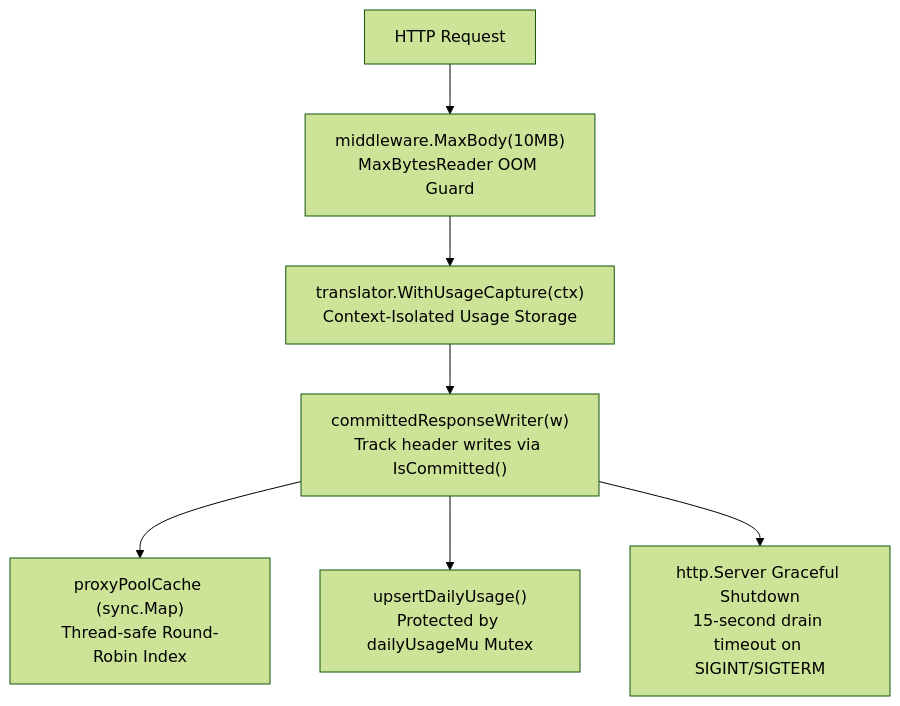
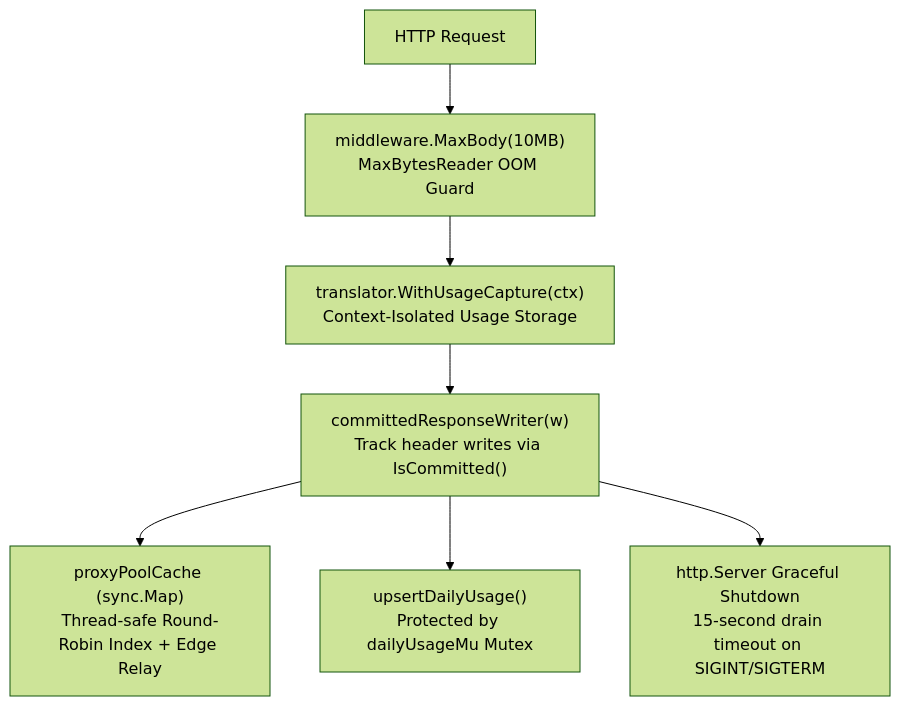
One commit to luqman-v1/9router-go changed diagram 13 of 13 in ARCHITECTURE.md. Above: the diagram before and after it, drawn with Mermaid (forest theme). The commit also changed other lines of this file and 3 other files, not shown here.

Commit message:
docs: update README, COMPARISON, DATABASE, and ARCHITECTURE with latest v1.8.3 features

````diff
--- a/ARCHITECTURE.md
+++ b/ARCHITECTURE.md
@@ -310,11 +320,11 @@
 ```mermaid
 flowchart TD
     Req["HTTP Request"] --> MaxBody["middleware.MaxBody(10MB)\nMaxBytesReader OOM Guard"]
     MaxBody --> CtxUsage["translator.WithUsageCapture(ctx)\nContext-Isolated Usage Storage"]
     CtxUsage --> CommitW["committedResponseWriter(w)\nTrack header writes via IsCommitted()"]
     
-    CommitW --> PoolCache["proxyPoolCache (sync.Map)\nThread-safe Round-Robin Index"]
+    CommitW --> PoolCache["proxyPoolCache (sync.Map)\nThread-safe Round-Robin Index + Edge Relay"]
     CommitW --> DailyMu["upsertDailyUsage()\nProtected by dailyUsageMu Mutex"]
     
     CommitW --> Shutdown["http.Server Graceful Shutdown\n15-second drain timeout on SIGINT/SIGTERM"]
 ```
````
